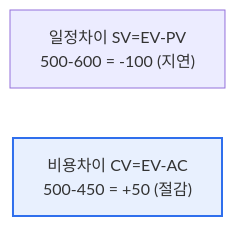
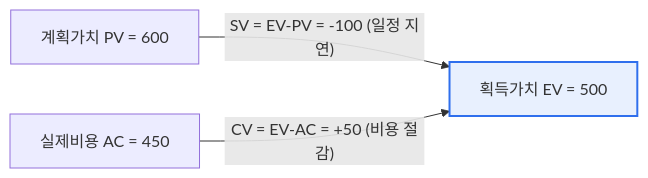
The second of 2 diagrams in content/earned-value-management.md (coninggu/wjdqhrhksflrltnftk), drawn with Mermaid before and after one commit. The commit also changed other lines of this file and 3 other files, not shown here.

````diff
--- a/content/earned-value-management.md
+++ b/content/earned-value-management.md
@@ -21,6 +83,9 @@
 ```mermaid
 flowchart LR
-  SV["일정차이 SV=EV-PV<br/>500-600 = -100 (지연)"] 
-  CV["비용차이 CV=EV-AC<br/>500-450 = +50 (절감)"]
-  style CV fill:#e8f0fe,stroke:#2f6fed,stroke-width:2px
+  PV["계획가치 PV = 600"]
+  EV["획득가치 EV = 500"]
+  AC["실제비용 AC = 450"]
+  PV -- "SV = EV-PV = -100 (일정 지연)" --> EV
+  AC -- "CV = EV-AC = +50 (비용 절감)" --> EV
+  style EV fill:#e8f0fe,stroke:#2f6fed,stroke-width:2px
 ```
````
